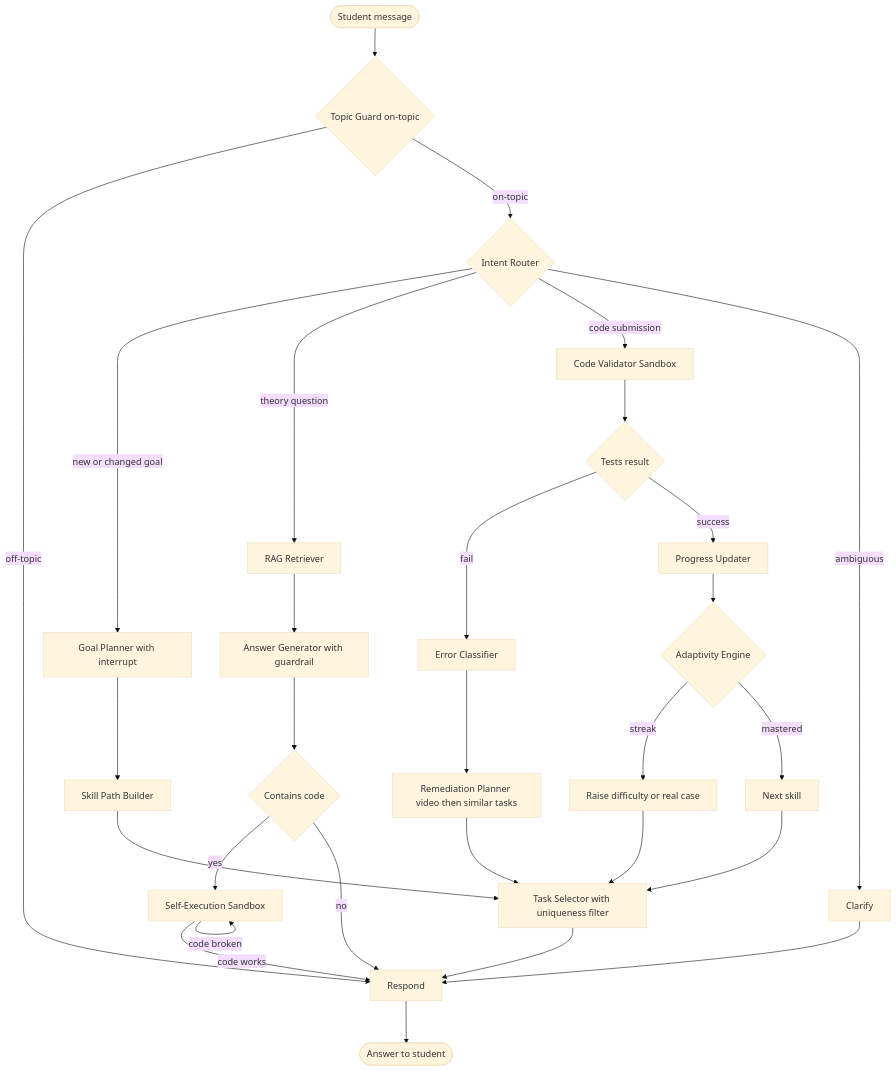
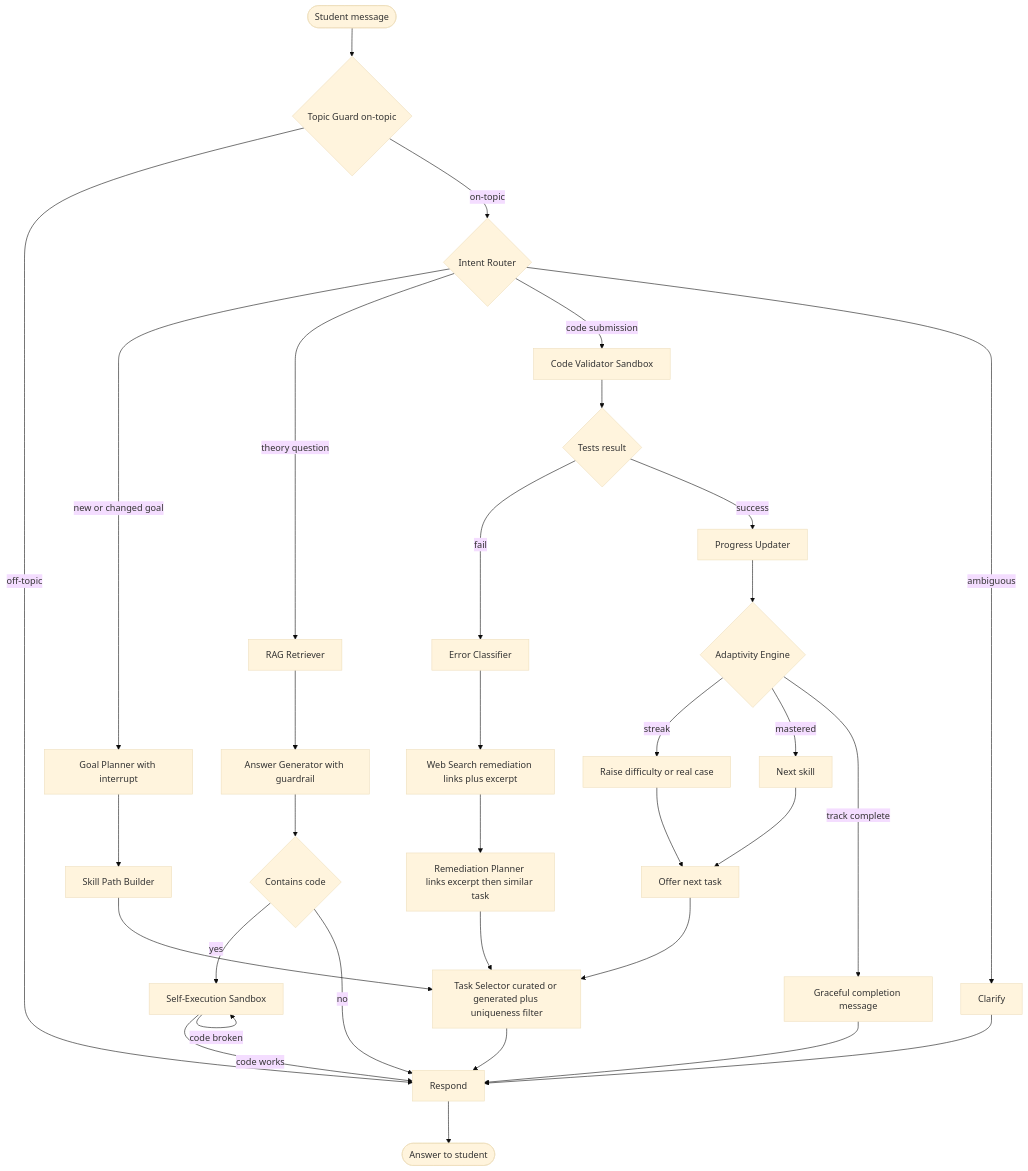
The second of 5 diagrams in README.md (dmitrygashnikov/demo_ai_agent), drawn with Mermaid (base theme) before and after one commit. The commit also changed other lines of this file and 35 other files, not shown here.

````diff
--- a/README.md
+++ b/README.md
@@ -95,38 +116,42 @@
 ```mermaid
 graph TD
     START([Student message]) --> GUARD{Topic Guard on-topic}
     GUARD -->|off-topic| RESPOND[Respond]
     GUARD -->|on-topic| ROUTER{Intent Router}
 
     ROUTER -->|new or changed goal| GOAL[Goal Planner with interrupt]
     ROUTER -->|theory question| RETRIEVE[RAG Retriever]
     ROUTER -->|code submission| VALIDATE[Code Validator Sandbox]
     ROUTER -->|ambiguous| CLARIFY[Clarify]
 
     GOAL --> SKILLPLAN[Skill Path Builder]
-    SKILLPLAN --> SELECTTASK[Task Selector with uniqueness filter]
+    SKILLPLAN --> SELECTTASK[Task Selector curated or generated plus uniqueness filter]
 
     RETRIEVE --> GENERATE[Answer Generator with guardrail]
     GENERATE --> CODECHECK{Contains code}
     CODECHECK -->|yes| SELFEXEC[Self-Execution Sandbox]
     CODECHECK -->|no| RESPOND[Respond]
     SELFEXEC -->|code works| RESPOND
     SELFEXEC -->|code broken| SELFEXEC
 
     VALIDATE --> DIAGNOSE{Tests result}
     DIAGNOSE -->|fail| CLASSIFY[Error Classifier]
     DIAGNOSE -->|success| PROGRESS[Progress Updater]
 
-    CLASSIFY --> REMEDIATE[Remediation Planner video then similar tasks]
+    CLASSIFY --> WEBSEARCH[Web Search remediation links plus excerpt]
+    WEBSEARCH --> REMEDIATE[Remediation Planner links excerpt then similar task]
     REMEDIATE --> SELECTTASK
 
     PROGRESS --> ADAPT{Adaptivity Engine}
     ADAPT -->|streak| LEVELUP[Raise difficulty or real case]
     ADAPT -->|mastered| NEXTSKILL[Next skill]
-    LEVELUP --> SELECTTASK
-    NEXTSKILL --> SELECTTASK
+    ADAPT -->|track complete| DONE[Graceful completion message]
+    LEVELUP --> OFFERNEXT[Offer next task]
+    NEXTSKILL --> OFFERNEXT
+    OFFERNEXT --> SELECTTASK
 
     SELECTTASK --> RESPOND
     CLARIFY --> RESPOND
+    DONE --> RESPOND
     RESPOND --> END([Answer to student])
 ```
````
